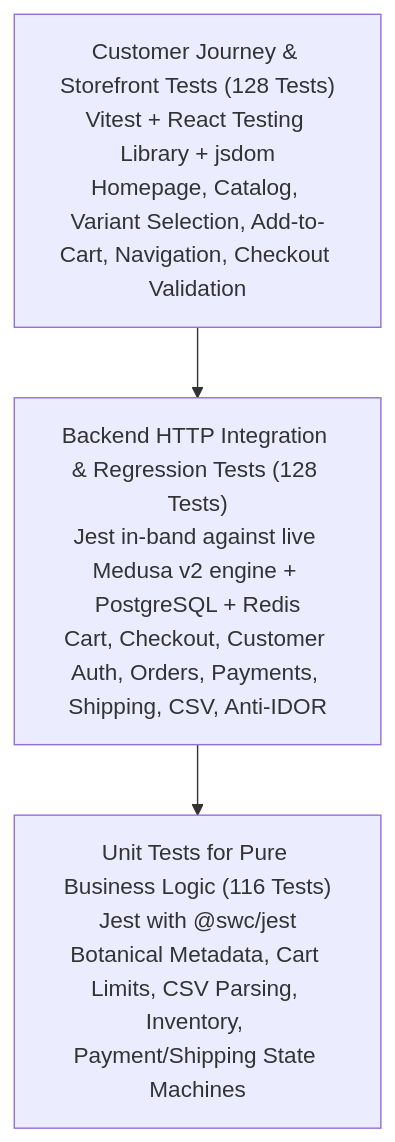
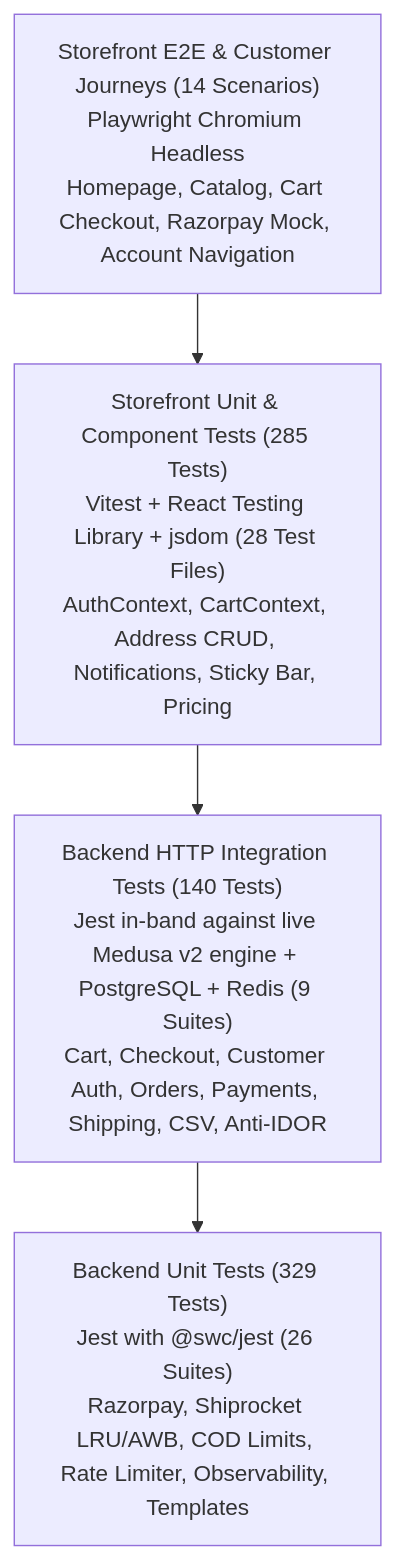
Before and after one commit to glorov/glorov: the first of 2 diagrams in docs/testing.md, drawn with Mermaid. The commit also changed other lines of this file and 257 other files, not shown here.

````diff
--- a/docs/testing.md
+++ b/docs/testing.md
@@ -14,9 +15,11 @@
 ```mermaid
 flowchart TD
-    E2E["Customer Journey & Storefront Tests (128 Tests)\nVitest + React Testing Library + jsdom\nHomepage, Catalog, Variant Selection, Add-to-Cart, Navigation, Checkout Validation"]
-    INT["Backend HTTP Integration & Regression Tests (128 Tests)\nJest in-band against live Medusa v2 engine + PostgreSQL + Redis\nCart, Checkout, Customer Auth, Orders, Payments, Shipping, CSV, Anti-IDOR"]
-    UNIT["Unit Tests for Pure Business Logic (116 Tests)\nJest with @swc/jest\nBotanical Metadata, Cart Limits, CSV Parsing, Inventory, Payment/Shipping State Machines"]
+    E2E["Storefront E2E & Customer Journeys (14 Scenarios)\nPlaywright Chromium Headless\nHomepage, Catalog, Cart Checkout, Razorpay Mock, Account Navigation"]
+    STORE["Storefront Unit & Component Tests (285 Tests)\nVitest + React Testing Library + jsdom (28 Test Files)\nAuthContext, CartContext, Address CRUD, Notifications, Sticky Bar, Pricing"]
+    INT["Backend HTTP Integration Tests (140 Tests)\nJest in-band against live Medusa v2 engine + PostgreSQL + Redis (9 Suites)\nCart, Checkout, Customer Auth, Orders, Payments, Shipping, CSV, Anti-IDOR"]
+    UNIT["Backend Unit Tests (329 Tests)\nJest with @swc/jest (26 Suites)\nRazorpay, Shiprocket LRU/AWB, COD Limits, Rate Limiter, Observability, Templates"]
 
-    E2E --> INT
+    E2E --> STORE
+    STORE --> INT
     INT --> UNIT
 ```
````
